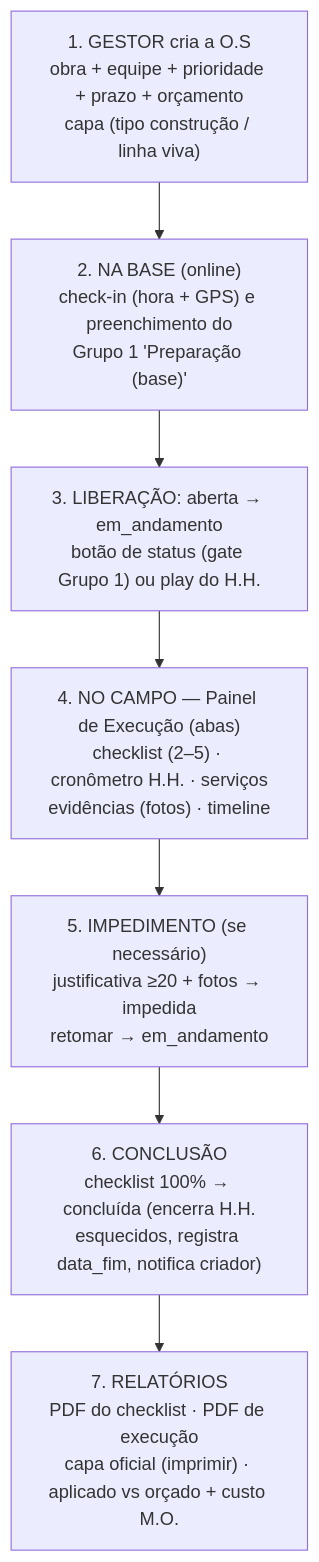
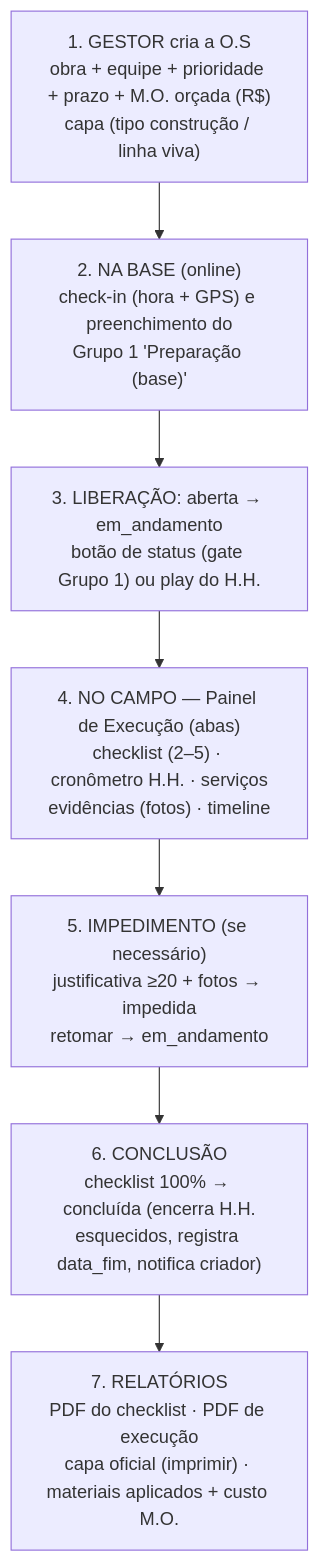
One commit to Edenir-Munaretto/App_Munaretto changed the third of 4 diagrams in DIAGRAMA_OS.md. Above: the diagram before and after it, drawn with Mermaid. The commit also changed other lines of this file and 7 other files, not shown here.

````diff
--- a/DIAGRAMA_OS.md
+++ b/DIAGRAMA_OS.md
@@ -123,10 +123,10 @@
 ```mermaid
 flowchart TD
-    A["1. GESTOR cria a O.S<br/>obra + equipe + prioridade + prazo + orçamento<br/>capa (tipo construção / linha viva)"] --> B
+    A["1. GESTOR cria a O.S<br/>obra + equipe + prioridade + prazo + M.O. orçada (R$)<br/>capa (tipo construção / linha viva)"] --> B
     B["2. NA BASE (online)<br/>check-in (hora + GPS) e preenchimento do<br/>Grupo 1 'Preparação (base)'"] --> C
     C["3. LIBERAÇÃO: aberta → em_andamento<br/>botão de status (gate Grupo 1) ou play do H.H."] --> D
     D["4. NO CAMPO — Painel de Execução (abas)<br/>checklist (2–5) · cronômetro H.H. · serviços<br/>evidências (fotos) · timeline"] --> E
     E["5. IMPEDIMENTO (se necessário)<br/>justificativa ≥20 + fotos → impedida<br/>retomar → em_andamento"] --> F
     F["6. CONCLUSÃO<br/>checklist 100% → concluída (encerra H.H.<br/>esquecidos, registra data_fim, notifica criador)"] --> G
-    G["7. RELATÓRIOS<br/>PDF do checklist · PDF de execução<br/>capa oficial (imprimir) · aplicado vs orçado + custo M.O."]
+    G["7. RELATÓRIOS<br/>PDF do checklist · PDF de execução<br/>capa oficial (imprimir) · materiais aplicados + custo M.O."]
 ```
````
